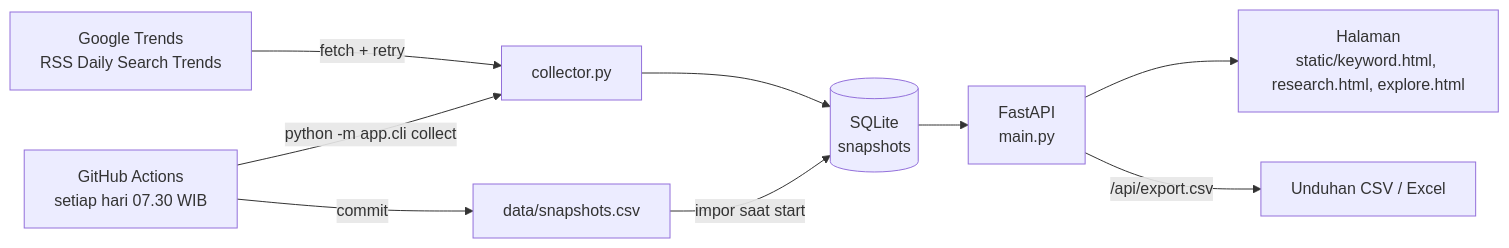
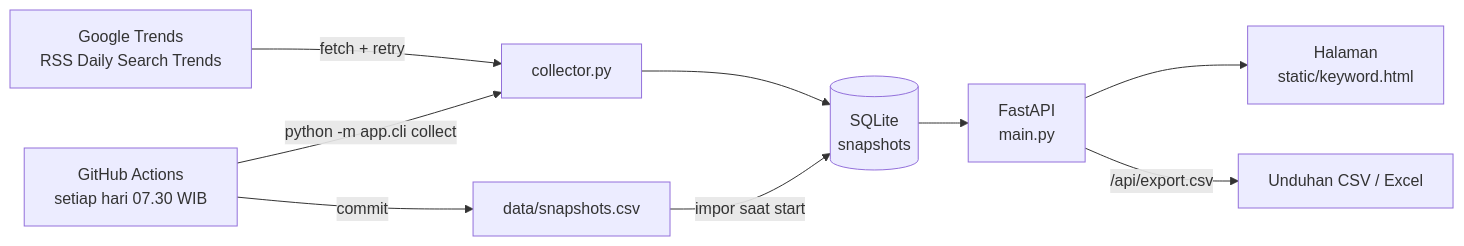
Before and after one commit to vtridz089/projek-google-trends: the first of 5 diagrams in docs/arsitektur.md, drawn with Mermaid. The commit also changed 7 other files, not shown here.

First line of the commit message:
Hapus halaman Riset topik dan Jelajah keyword; hanya Keyword research yang tersisa

````diff
--- a/docs/arsitektur.md
+++ b/docs/arsitektur.md
@@ -9,11 +9,11 @@
 ```mermaid
 flowchart LR
     G[Google Trends<br/>RSS Daily Search Trends] -->|fetch + retry| C[collector.py]
     C --> D[(SQLite<br/>snapshots)]
     A[GitHub Actions<br/>setiap hari 07.30 WIB] -->|python -m app.cli collect| C
     A -->|commit| F[data/snapshots.csv]
     F -->|impor saat start| D
     D --> API[FastAPI<br/>main.py]
-    API --> UI[Halaman<br/>static/keyword.html, research.html, explore.html]
+    API --> UI[Halaman<br/>static/keyword.html]
     API -->|/api/export.csv| X[Unduhan CSV / Excel]
 ```
````
